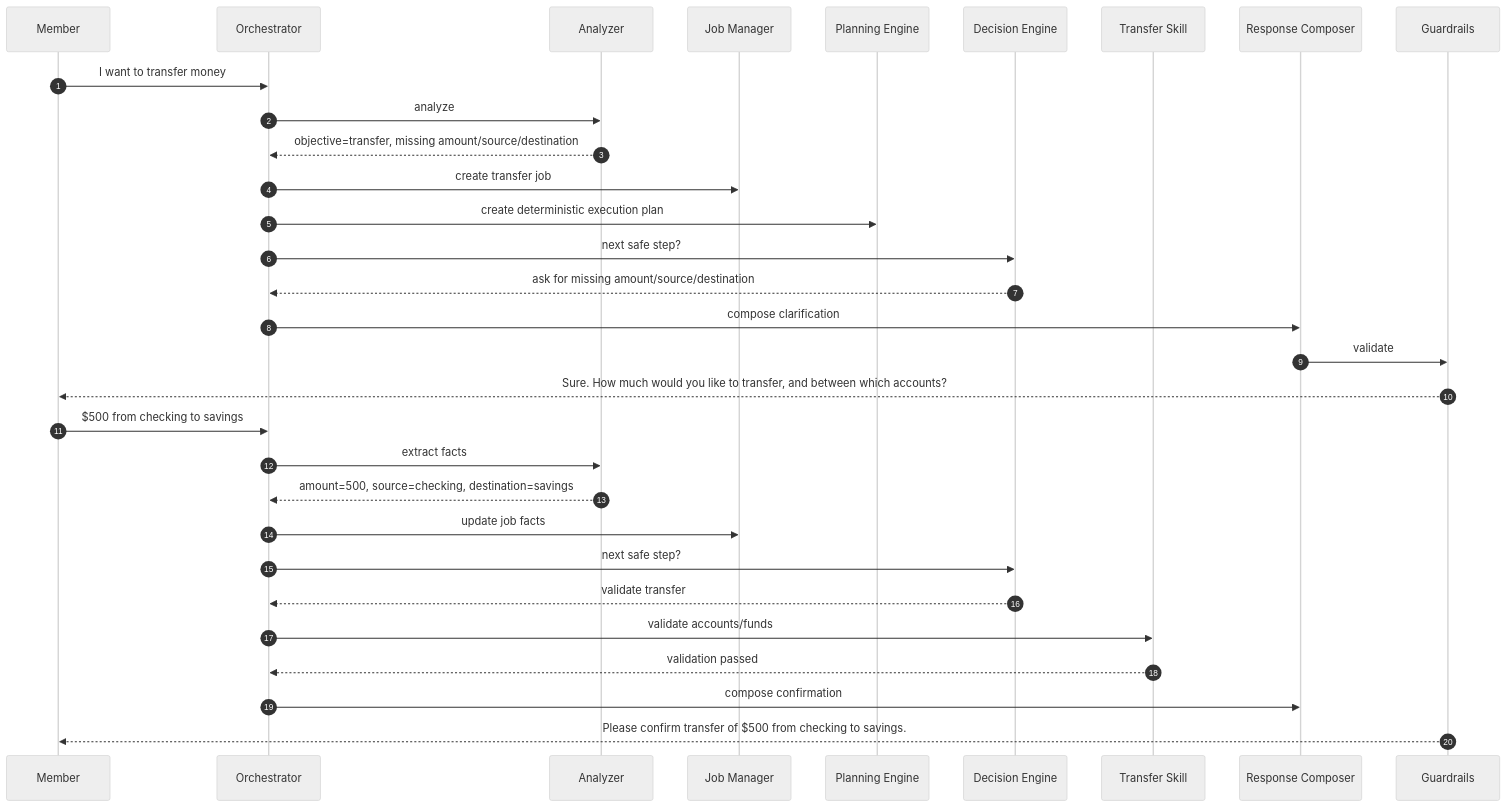
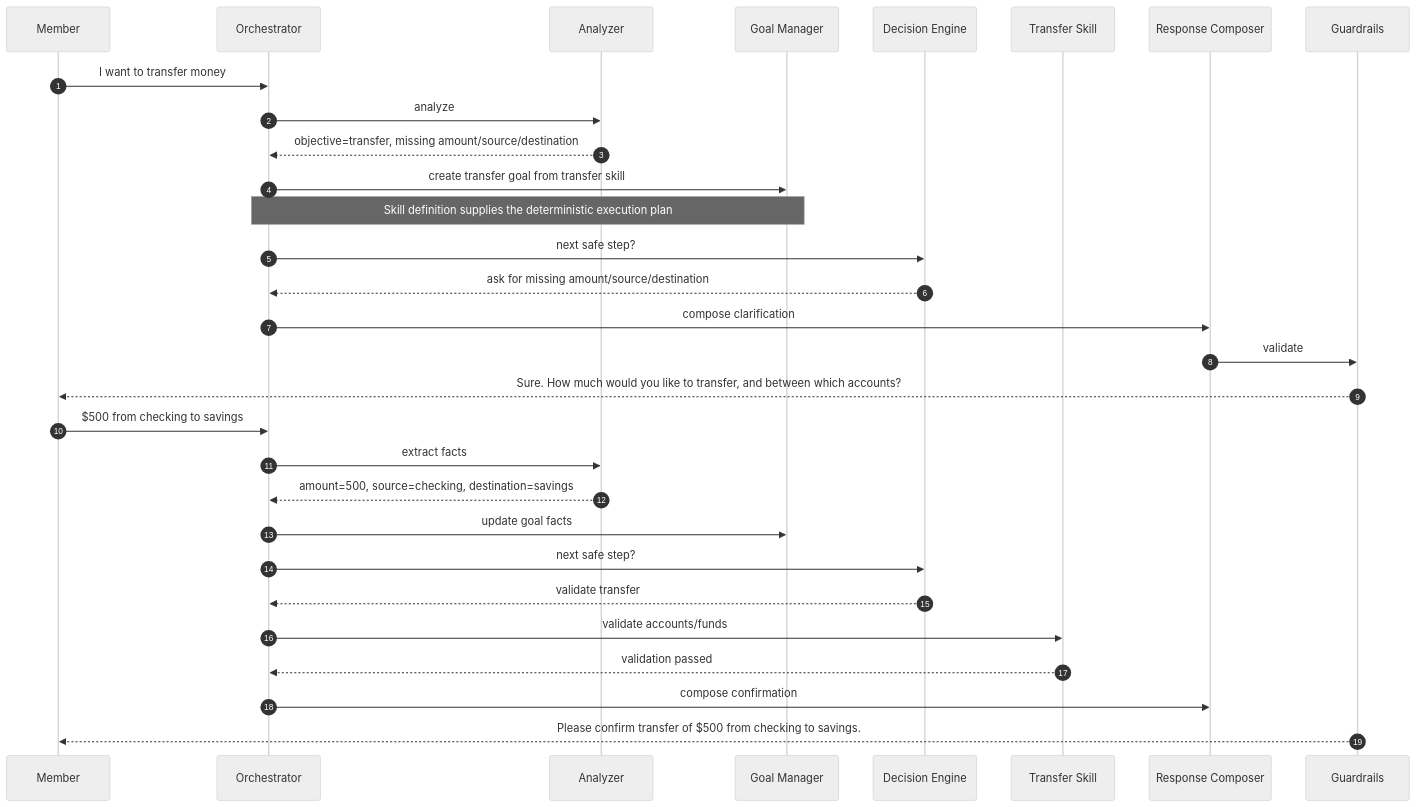
The eighth of 14 diagrams in docs/Agentic_Chat_Architecture_Deck.md (bhochhi/nexus), drawn with Mermaid (neutral theme) before and after one commit. The commit also changed other lines of this file, not shown here.

Commit message:
refactor: update terminology from jobs to goals in architecture deck

````diff
--- a/docs/Agentic_Chat_Architecture_Deck.md
+++ b/docs/Agentic_Chat_Architecture_Deck.md
@@ -278,35 +283,34 @@
 ```mermaid
 sequenceDiagram
     autonumber
     participant M as Member
     participant O as Orchestrator
     participant CA as Analyzer
-    participant JM as Job Manager
-    participant PE as Planning Engine
+    participant GM as Goal Manager
     participant DE as Decision Engine
     participant RT as Transfer Skill
     participant RC as Response Composer
     participant GR as Guardrails
 
     M->>O: I want to transfer money
     O->>CA: analyze
     CA-->>O: objective=transfer, missing amount/source/destination
-    O->>JM: create transfer job
-    O->>PE: create deterministic execution plan
+    O->>GM: create transfer goal from transfer skill
+    Note over O,GM: Skill definition supplies the deterministic execution plan
     O->>DE: next safe step?
     DE-->>O: ask for missing amount/source/destination
     O->>RC: compose clarification
     RC->>GR: validate
     GR-->>M: Sure. How much would you like to transfer, and between which accounts?
 
     M->>O: $500 from checking to savings
     O->>CA: extract facts
     CA-->>O: amount=500, source=checking, destination=savings
-    O->>JM: update job facts
+    O->>GM: update goal facts
     O->>DE: next safe step?
     DE-->>O: validate transfer
     O->>RT: validate accounts/funds
     RT-->>O: validation passed
     O->>RC: compose confirmation
     GR-->>M: Please confirm transfer of $500 from checking to savings.
 ```
````
